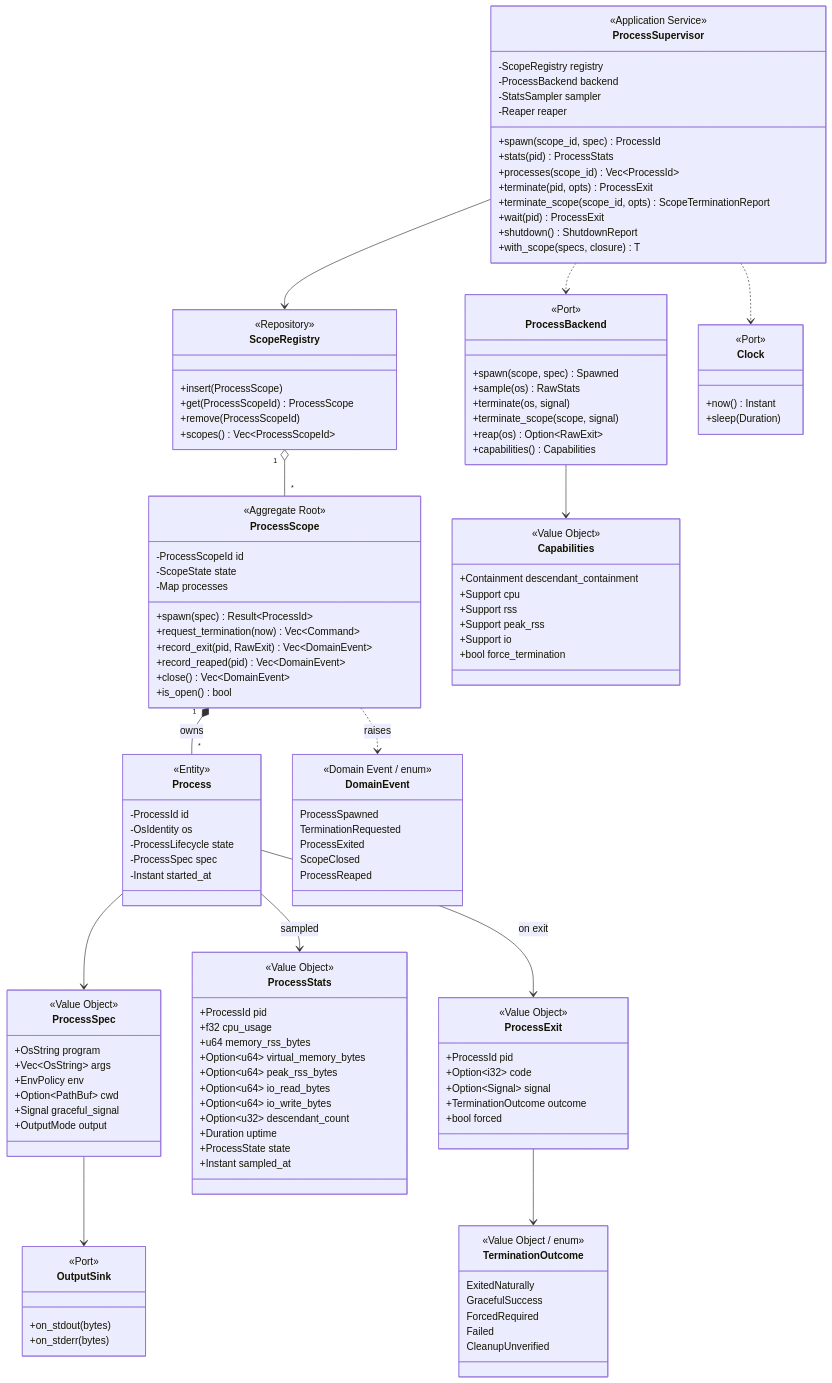
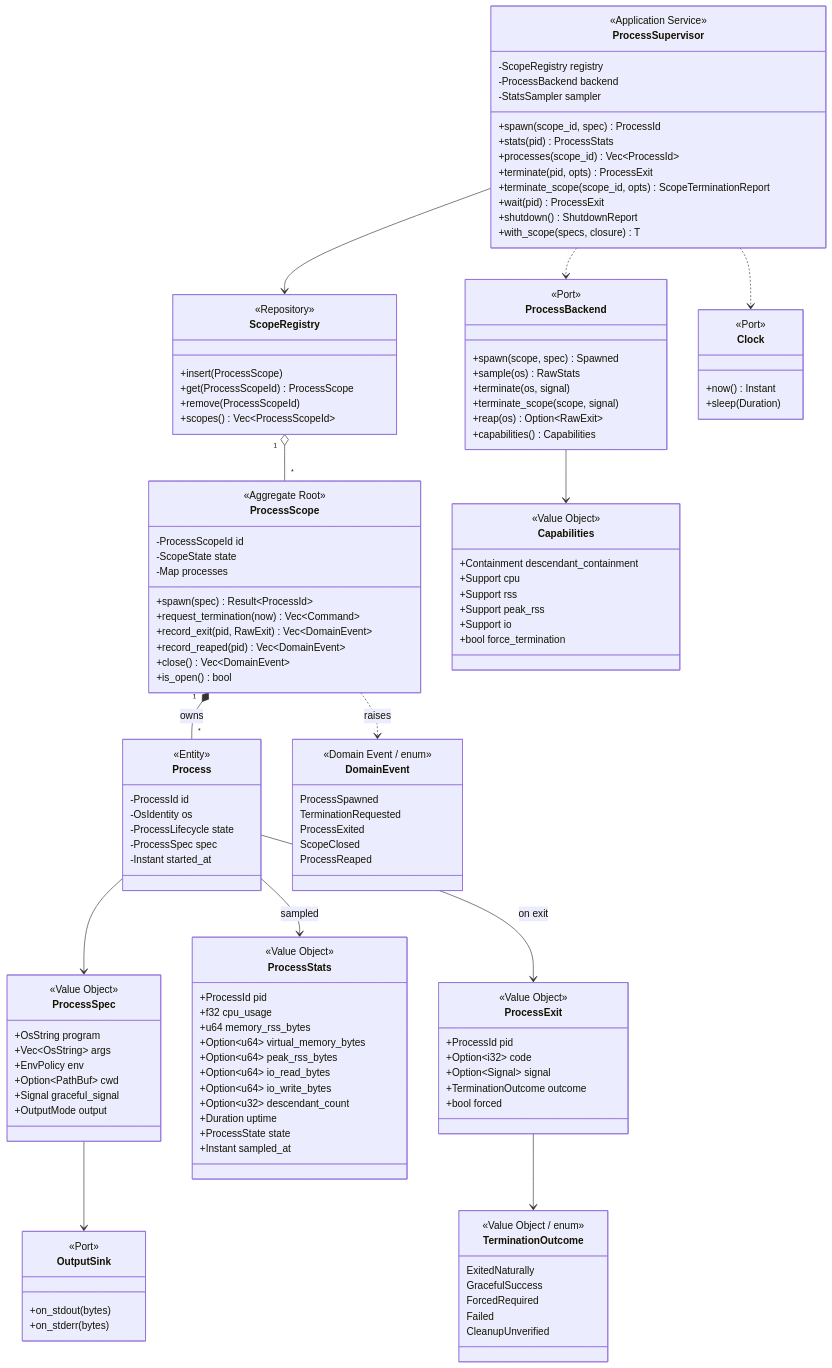
Before and after one commit to nessalabs/shepherd: the second of 8 diagrams in docs/DIAGRAMS.md, drawn with Mermaid. The commit also changed other lines of this file and 60 other files, not shown here.

```diff
--- a/docs/DIAGRAMS.md
+++ b/docs/DIAGRAMS.md
@@ -67,7 +68,6 @@
         -ScopeRegistry registry
         -ProcessBackend backend
         -StatsSampler sampler
-        -Reaper reaper
         +spawn(scope_id, spec) ProcessId
         +stats(pid) ProcessStats
         +processes(scope_id) Vec~ProcessId~
```
